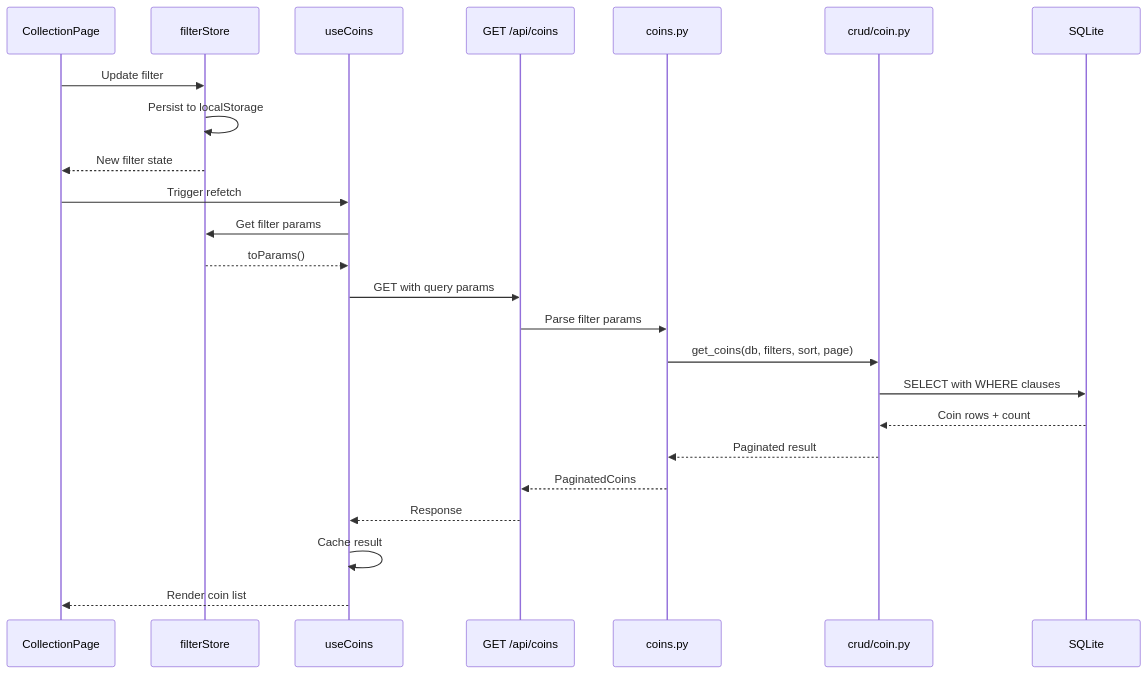
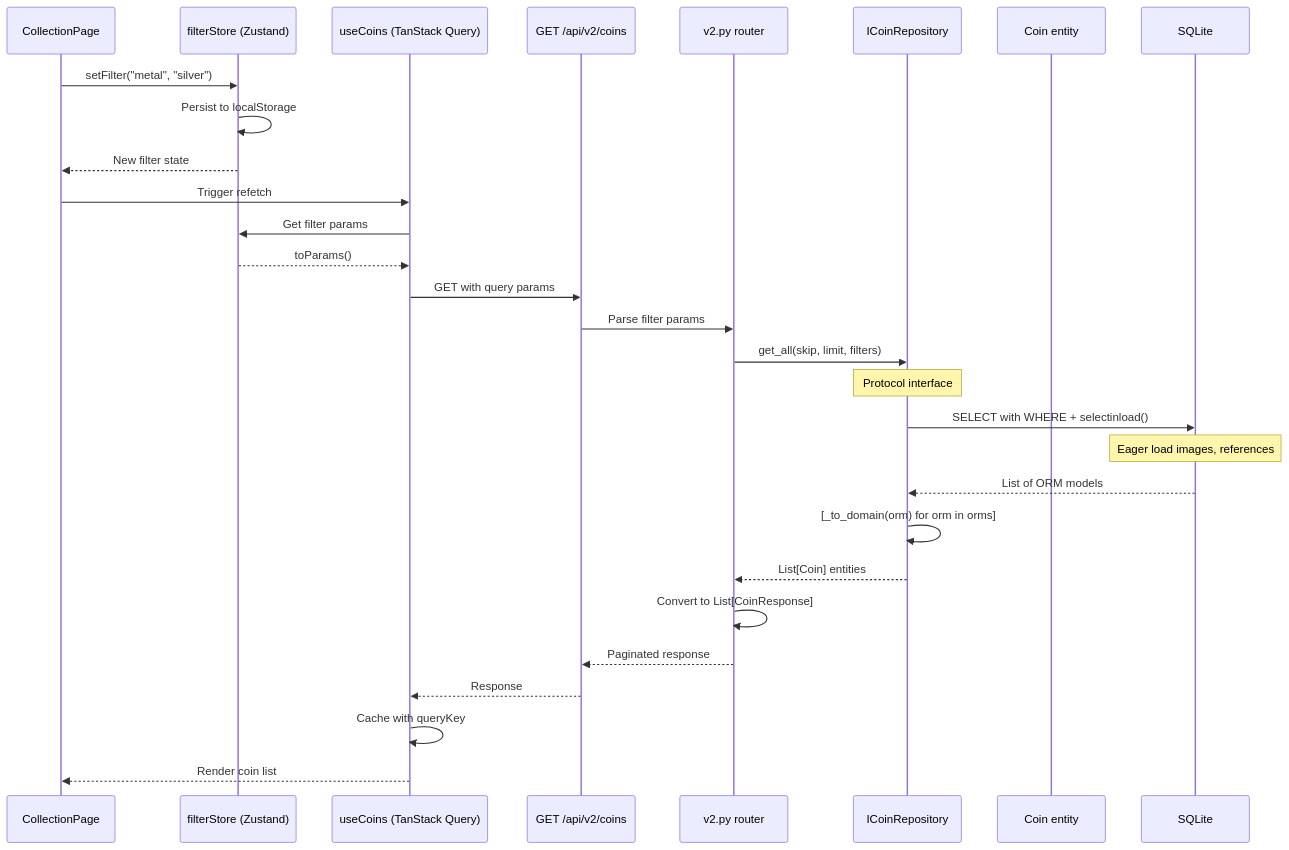
The third of 18 diagrams in docs/ai-guide/06-DATA-FLOWS.md (isayev/coinstack), drawn with Mermaid before and after one commit. The commit also changed other lines of this file and 6 other files, not shown here.

````diff
--- a/docs/ai-guide/06-DATA-FLOWS.md
+++ b/docs/ai-guide/06-DATA-FLOWS.md
@@ -61,27 +125,32 @@
 ```mermaid
 sequenceDiagram
     participant UI as CollectionPage
-    participant Store as filterStore
-    participant Hook as useCoins
-    participant API as GET /api/coins
-    participant Router as coins.py
-    participant CRUD as crud/coin.py
+    participant FilterStore as filterStore (Zustand)
+    participant Hook as useCoins (TanStack Query)
+    participant API as GET /api/v2/coins
+    participant Router as v2.py router
+    participant Repo as ICoinRepository
+    participant Domain as Coin entity
     participant DB as SQLite
 
-    UI->>Store: Update filter
-    Store->>Store: Persist to localStorage
-    Store-->>UI: New filter state
+    UI->>FilterStore: setFilter("metal", "silver")
+    FilterStore->>FilterStore: Persist to localStorage
+    FilterStore-->>UI: New filter state
     UI->>Hook: Trigger refetch
-    Hook->>Store: Get filter params
-    Store-->>Hook: toParams()
+    Hook->>FilterStore: Get filter params
+    FilterStore-->>Hook: toParams()
     Hook->>API: GET with query params
     API->>Router: Parse filter params
-    Router->>CRUD: get_coins(db, filters, sort, page)
-    CRUD->>DB: SELECT with WHERE clauses
-    DB-->>CRUD: Coin rows + count
-    CRUD-->>Router: Paginated result
-    Router-->>API: PaginatedCoins
+    Router->>Repo: get_all(skip, limit, filters)
+    Note over Repo: Protocol interface
+    Repo->>DB: SELECT with WHERE + selectinload()
+    Note over DB: Eager load images, references
+    DB-->>Repo: List of ORM models
+    Repo->>Repo: [_to_domain(orm) for orm in orms]
+    Repo-->>Router: List[Coin] entities
+    Router->>Router: Convert to List[CoinResponse]
+    Router-->>API: Paginated response
     API-->>Hook: Response
-    Hook->>Hook: Cache result
+    Hook->>Hook: Cache with queryKey
     Hook-->>UI: Render coin list
 ```
````
